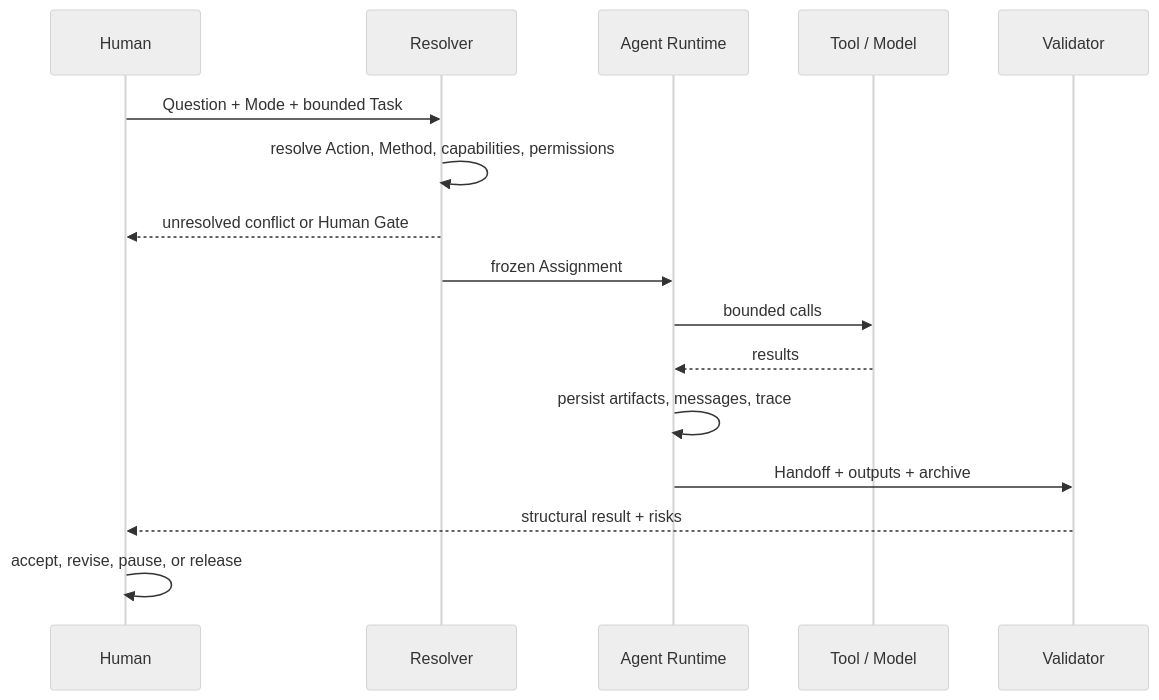
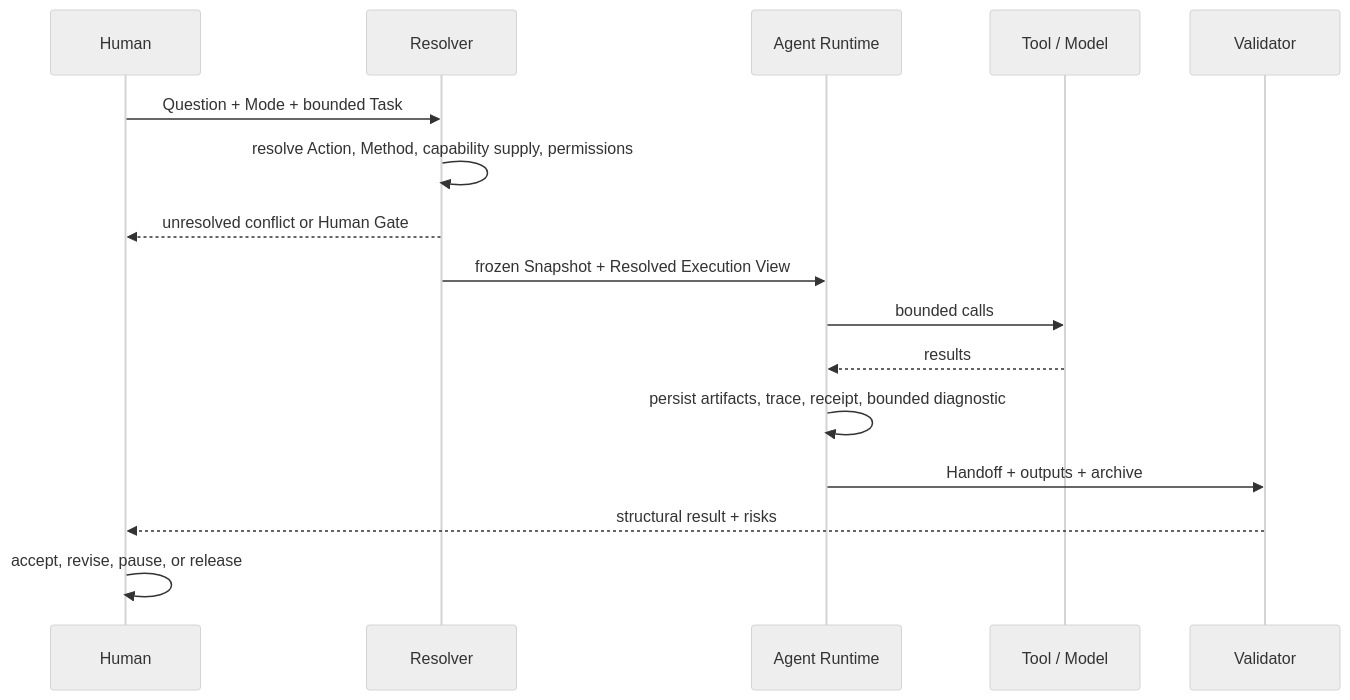
One commit to Chengyue-Lu/research-agent-workbench changed the second of 3 diagrams in docs/ARCHITECTURE.md. Above: the diagram before and after it, drawn with Mermaid (neutral theme). The commit also changed other lines of this file and 17 other files, not shown here.

````diff
--- a/docs/ARCHITECTURE.md
+++ b/docs/ARCHITECTURE.md
@@ -50,19 +56,19 @@
 ```mermaid
 sequenceDiagram
     participant H as Human
     participant R as Resolver
     participant A as Agent Runtime
     participant T as Tool / Model
     participant V as Validator
 
     H->>R: Question + Mode + bounded Task
-    R->>R: resolve Action, Method, capabilities, permissions
+    R->>R: resolve Action, Method, capability supply, permissions
     R-->>H: unresolved conflict or Human Gate
-    R->>A: frozen Assignment
+    R->>A: frozen Snapshot + Resolved Execution View
     A->>T: bounded calls
     T-->>A: results
-    A->>A: persist artifacts, messages, trace
+    A->>A: persist artifacts, trace, receipt, bounded diagnostic
     A->>V: Handoff + outputs + archive
     V-->>H: structural result + risks
     H->>H: accept, revise, pause, or release
 ```
````
